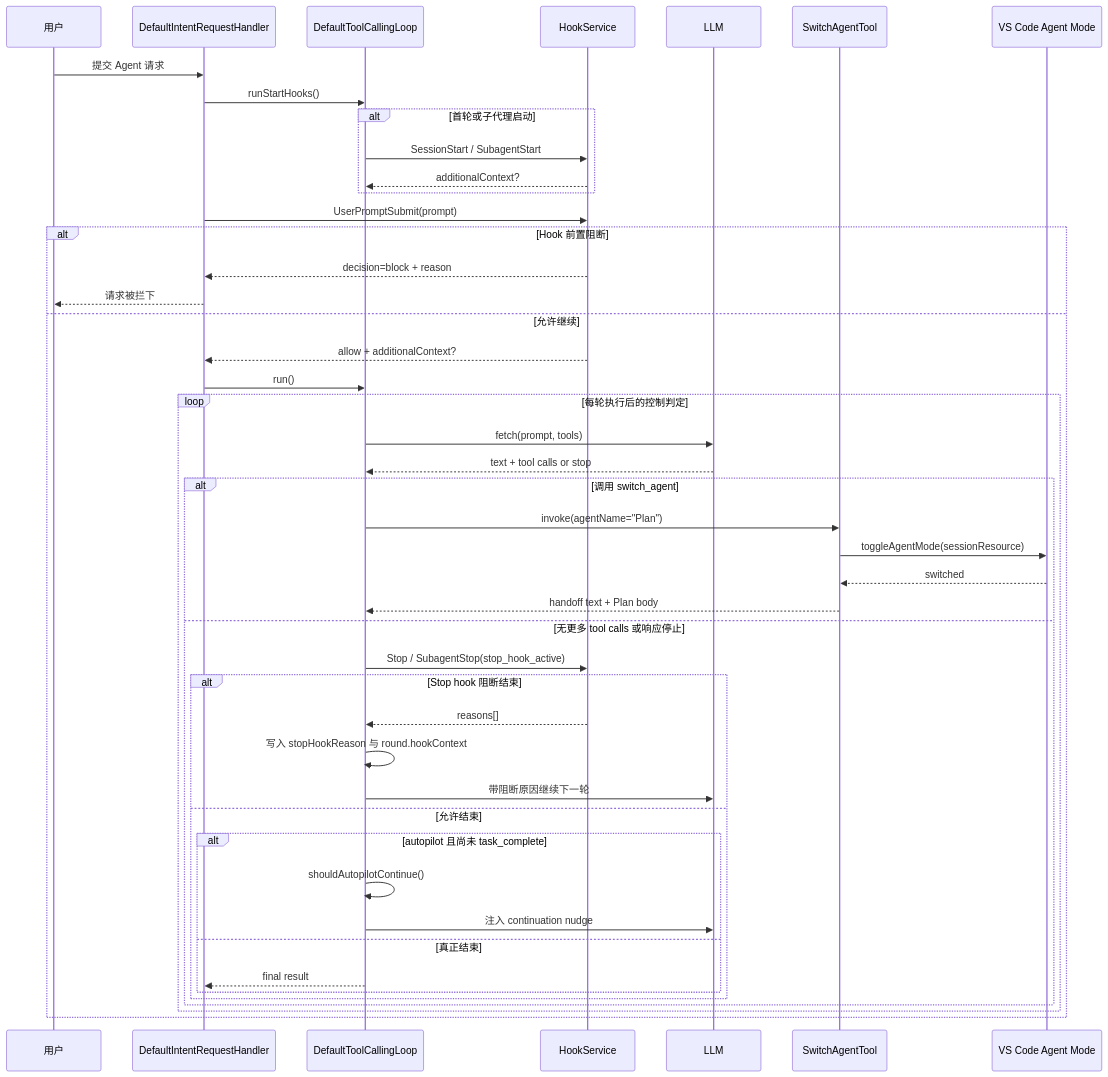
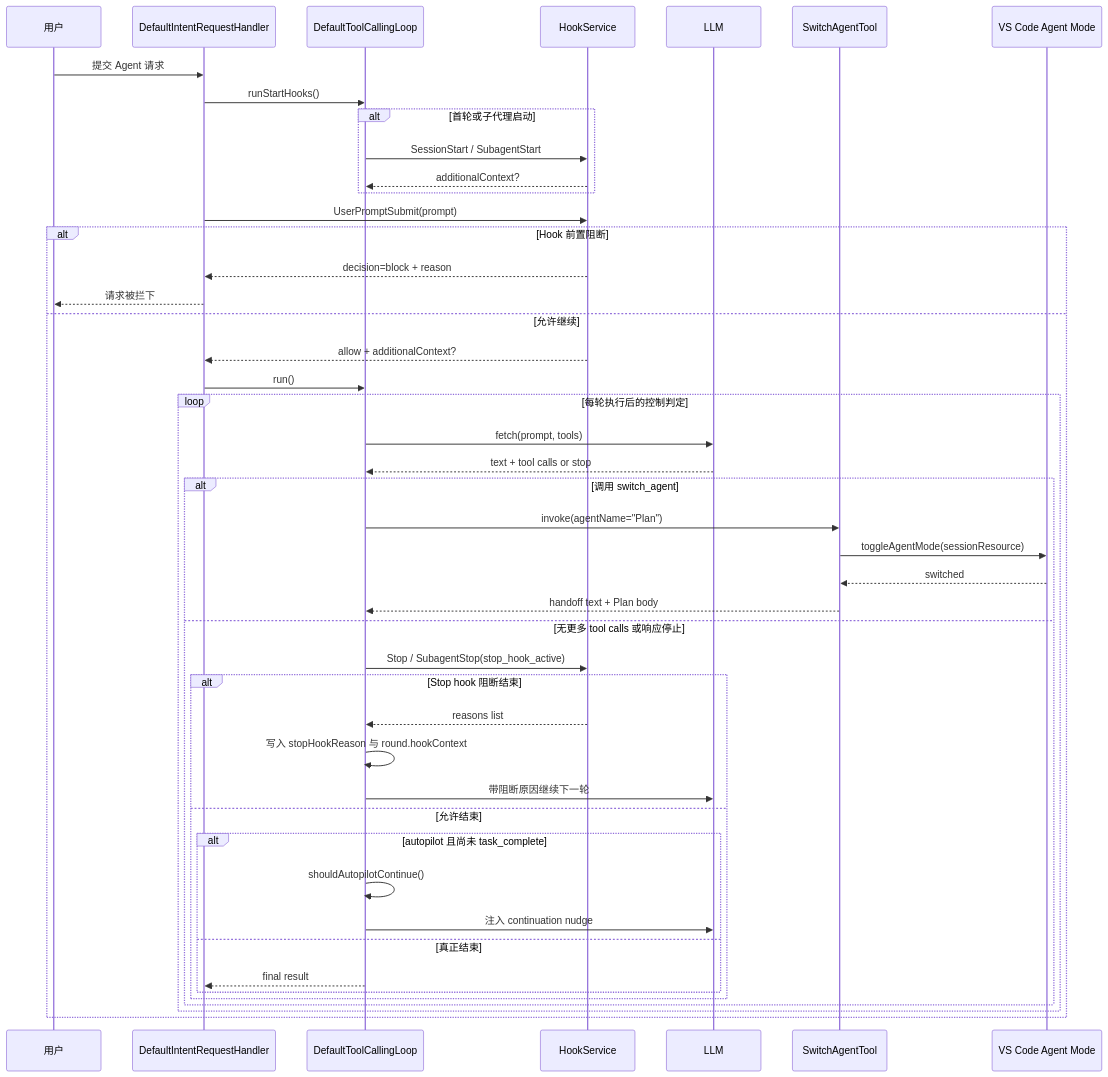
Before and after one commit to lsheng2/vscode-copilot-chat: the eighth of 8 diagrams in docs/agent-mode-execution-design-part2.md, drawn with Mermaid. The commit also changed other lines of this file and 2 other files, not shown here.

Commit message:
docs: expand agent mode architecture analysis

````diff
--- a/docs/agent-mode-execution-design-part2.md
+++ b/docs/agent-mode-execution-design-part2.md
@@ -1261,51 +1773,51 @@
 ```mermaid
 sequenceDiagram
     participant U as 用户
     participant D as DefaultIntentRequestHandler
     participant L as DefaultToolCallingLoop
     participant H as HookService
     participant M as LLM
     participant S as SwitchAgentTool
     participant V as VS Code Agent Mode
 
     U->>D: 提交 Agent 请求
     D->>L: runStartHooks()
     alt 首轮或子代理启动
         L->>H: SessionStart / SubagentStart
         H-->>L: additionalContext?
     end
 
     D->>H: UserPromptSubmit(prompt)
     alt Hook 前置阻断
         H-->>D: decision=block + reason
         D-->>U: 请求被拦下
     else 允许继续
         H-->>D: allow + additionalContext?
         D->>L: run()
         loop 每轮执行后的控制判定
             L->>M: fetch(prompt, tools)
             M-->>L: text + tool calls or stop
 
             alt 调用 switch_agent
                 L->>S: invoke(agentName="Plan")
                 S->>V: toggleAgentMode(sessionResource)
                 V-->>S: switched
                 S-->>L: handoff text + Plan body
             else 无更多 tool calls 或响应停止
                 L->>H: Stop / SubagentStop(stop_hook_active)
                 alt Stop hook 阻断结束
-                    H-->>L: reasons[]
+                    H-->>L: reasons list
                     L->>L: 写入 stopHookReason 与 round.hookContext
                     L->>M: 带阻断原因继续下一轮
                 else 允许结束
                     alt autopilot 且尚未 task_complete
                         L->>L: shouldAutopilotContinue()
                         L->>M: 注入 continuation nudge
                     else 真正结束
                         L-->>D: final result
                     end
                 end
             end
         end
     end
 ```
````
